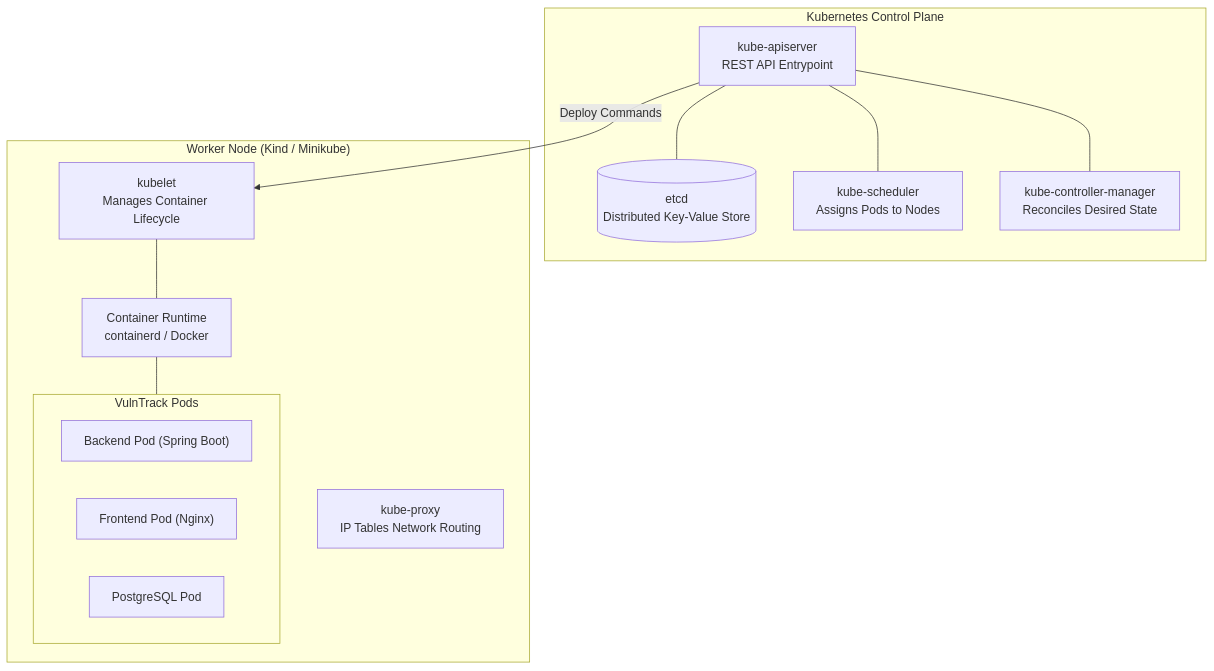
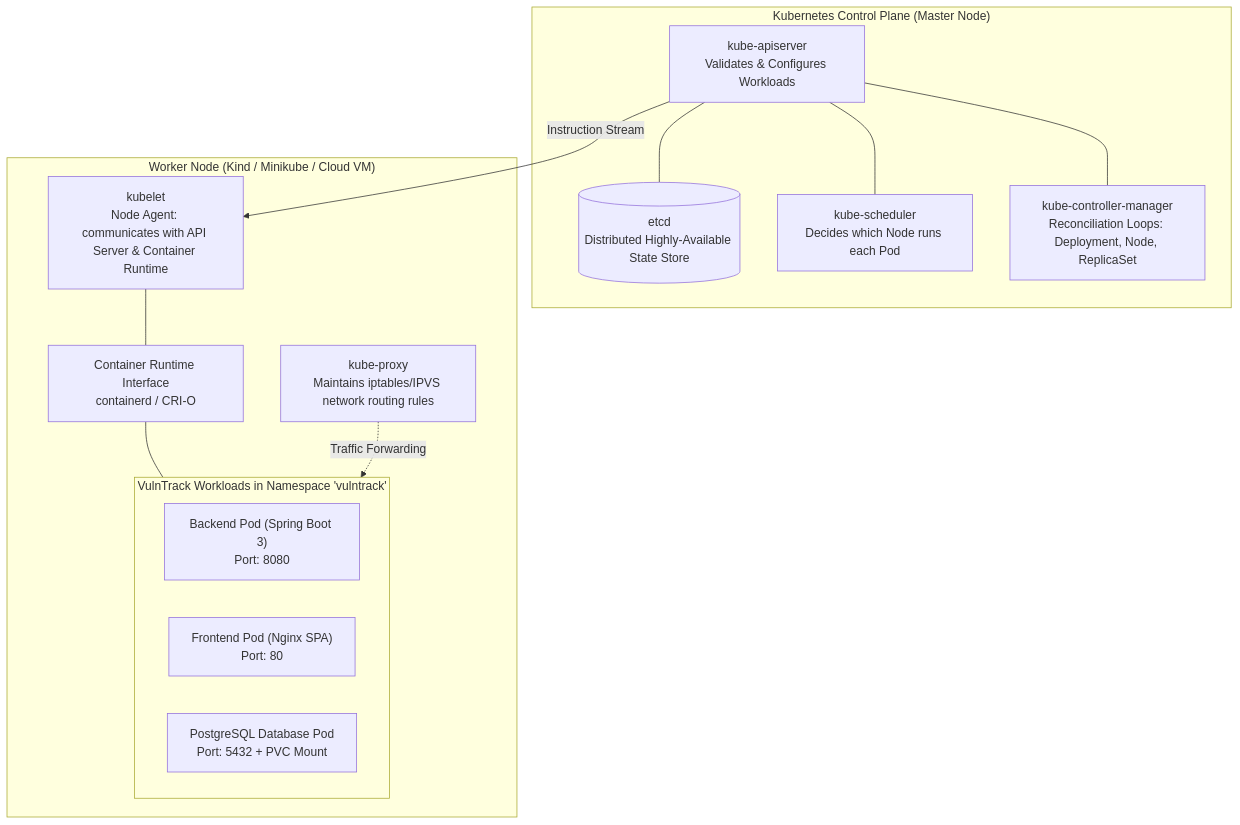
One commit to DRAGHIT/devsecops-vulntrack changed the first of 3 diagrams in docs/handbook/14-kubernetes-fundamentals.md. Above: the diagram before and after it, drawn with Mermaid. The commit also changed other lines of this file and 8 other files, not shown here.

Commit message:
docs(handbook): enrich chapters 10-17 with deep-dives, diagrams, PromQL, HPA math, and Swagger guide

````diff
--- a/docs/handbook/14-kubernetes-fundamentals.md
+++ b/docs/handbook/14-kubernetes-fundamentals.md
@@ -9,29 +11,30 @@
 ```mermaid
 flowchart TD
-    subgraph ControlPlane ["Kubernetes Control Plane"]
-        API["kube-apiserver<br/>REST API Entrypoint"]
-        ETCD[("etcd<br/>Distributed Key-Value Store")]
-        Sched["kube-scheduler<br/>Assigns Pods to Nodes"]
-        CM["kube-controller-manager<br/>Reconciles Desired State"]
+    subgraph ControlPlane ["Kubernetes Control Plane (Master Node)"]
+        API["kube-apiserver<br/>Validates & Configures Workloads"]
+        ETCD[("etcd<br/>Distributed Highly-Available State Store")]
+        Sched["kube-scheduler<br/>Decides which Node runs each Pod"]
+        CM["kube-controller-manager<br/>Reconciliation Loops: Deployment, Node, ReplicaSet"]
         API --- ETCD
         API --- Sched
         API --- CM
     end
 
-    subgraph WorkerNode ["Worker Node (Kind / Minikube)"]
-        Kubelet["kubelet<br/>Manages Container Lifecycle"]
-        KProxy["kube-proxy<br/>IP Tables Network Routing"]
-        CRI["Container Runtime<br/>containerd / Docker"]
+    subgraph WorkerNode ["Worker Node (Kind / Minikube / Cloud VM)"]
+        Kubelet["kubelet<br/>Node Agent: communicates with API Server & Container Runtime"]
+        KProxy["kube-proxy<br/>Maintains iptables/IPVS network routing rules"]
+        CRI["Container Runtime Interface<br/>containerd / CRI-O"]
         
-        subgraph Pods ["VulnTrack Pods"]
-            BackendPod["Backend Pod (Spring Boot)"]
-            FrontendPod["Frontend Pod (Nginx)"]
-            PostgresPod["PostgreSQL Pod"]
+        subgraph Pods ["VulnTrack Workloads in Namespace 'vulntrack'"]
+            BackendPod["Backend Pod (Spring Boot 3)<br/>Port: 8080"]
+            FrontendPod["Frontend Pod (Nginx SPA)<br/>Port: 80"]
+            PostgresPod["PostgreSQL Database Pod<br/>Port: 5432 + PVC Mount"]
         end
 
         Kubelet --- CRI
         CRI --- Pods
     end
 
-    API -->|Deploy Commands| Kubelet
+    API -->|Instruction Stream| Kubelet
+    KProxy -.->|Traffic Forwarding| Pods
 ```
````
